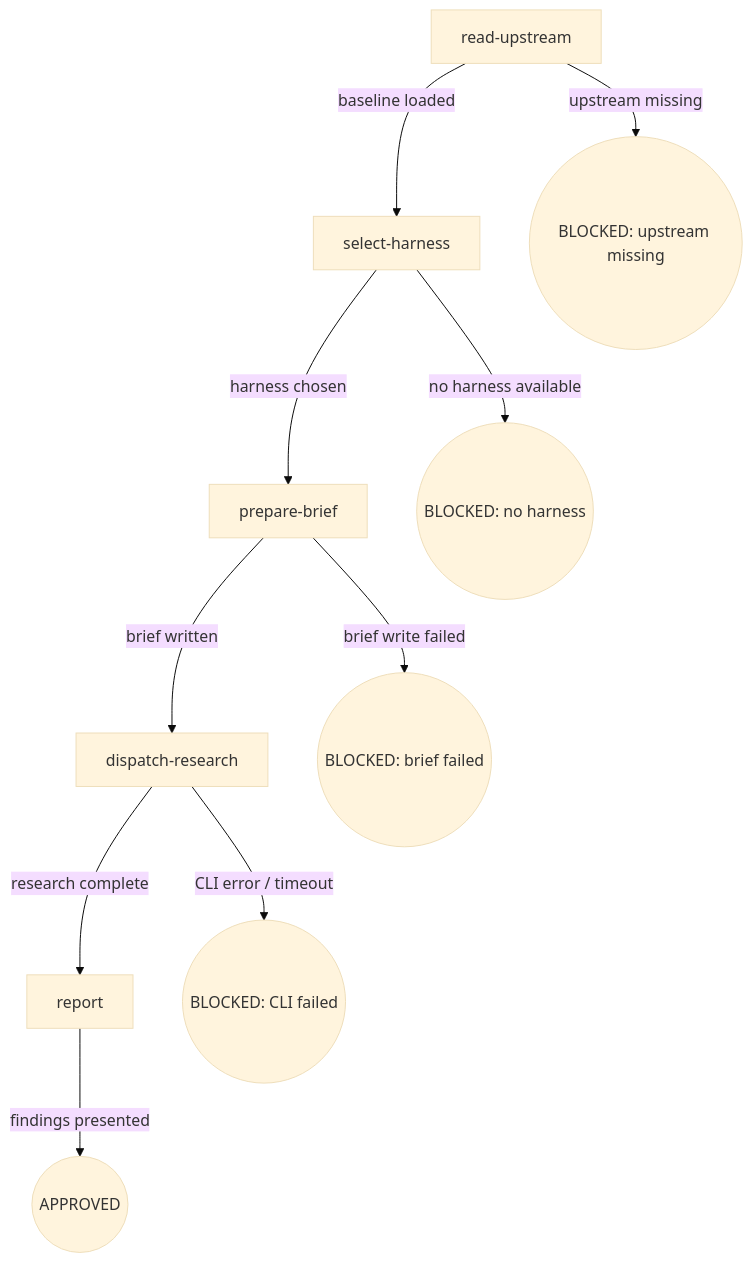
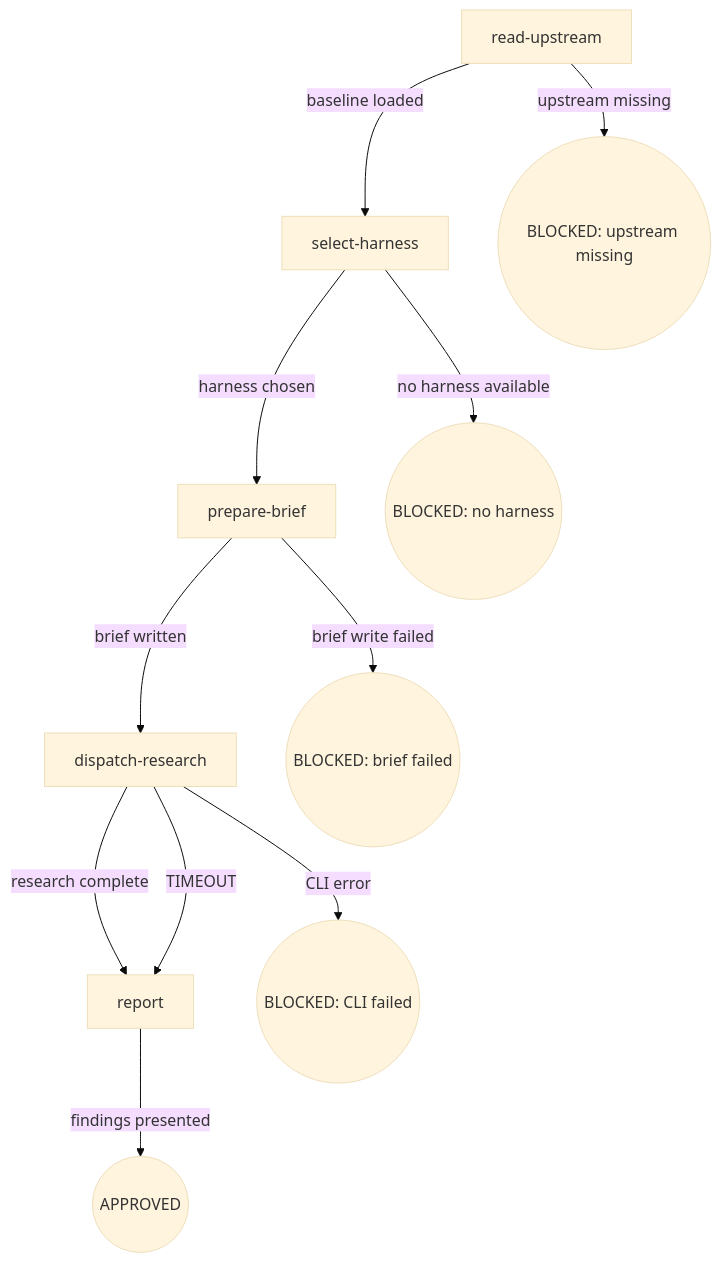
The diagram in packages/osuperpowers/skills/cli-research/SKILL.md (Oscaner/skills), drawn with Mermaid (base theme) before and after one commit. The commit also changed other lines of this file and 5 other files, not shown here.

Commit message:
docs: add TIMEOUT exit to cli-driven-development and cli-research SKILL.md + zh-CN

````diff
--- a/packages/osuperpowers/skills/cli-research/SKILL.md
+++ b/packages/osuperpowers/skills/cli-research/SKILL.md
@@ -12,12 +12,13 @@
 ```mermaid
 flowchart TD
   A[read-upstream] -->|baseline loaded| B[select-harness]
   A -->|upstream missing| Z((BLOCKED: upstream missing))
   B -->|harness chosen| C[prepare-brief]
   B -->|no harness available| Z2((BLOCKED: no harness))
   C -->|brief written| D[dispatch-research]
   C -->|brief write failed| Z3((BLOCKED: brief failed))
   D -->|research complete| E[report]
-  D -->|CLI error / timeout| Z4((BLOCKED: CLI failed))
+  D -->|CLI error| Z4((BLOCKED: CLI failed))
+  D -->|TIMEOUT| E[report]
   E -->|findings presented| F((APPROVED))
 ```
````
